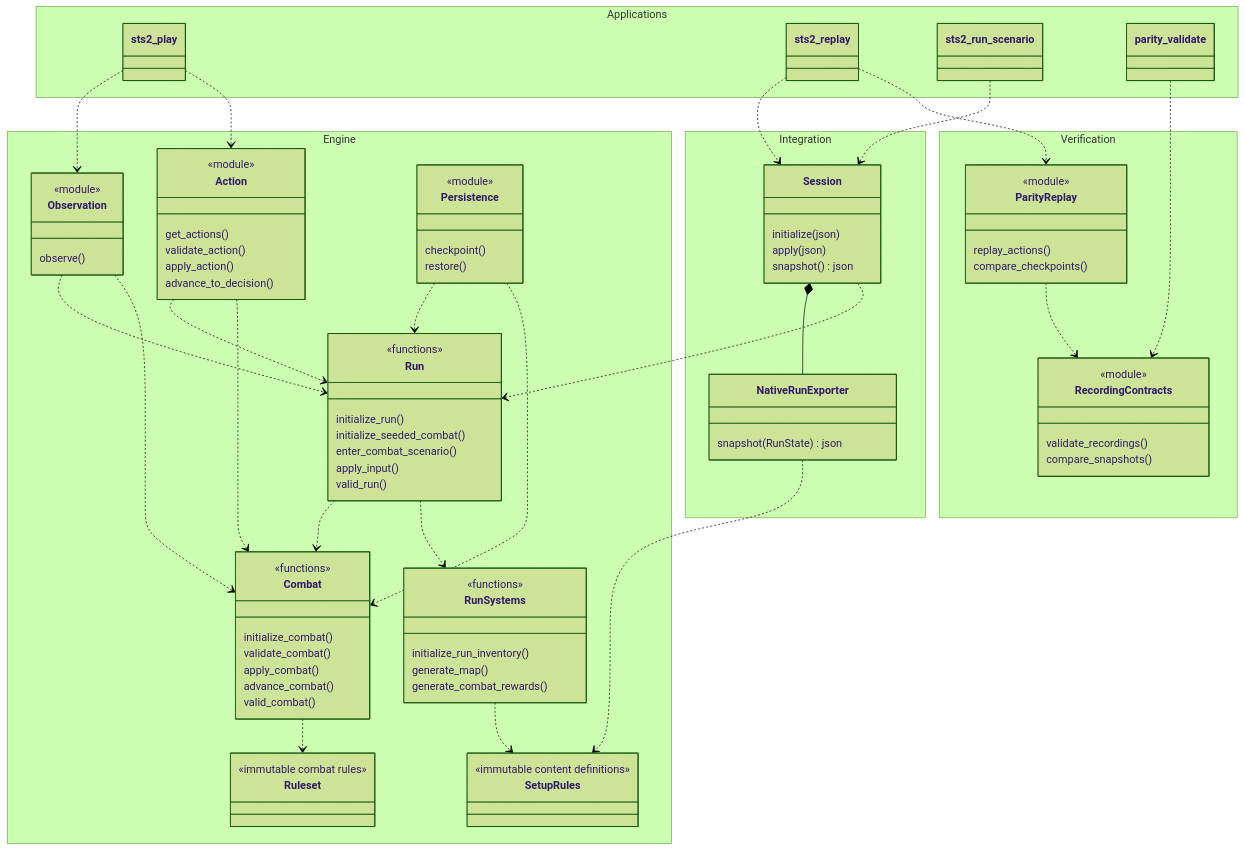
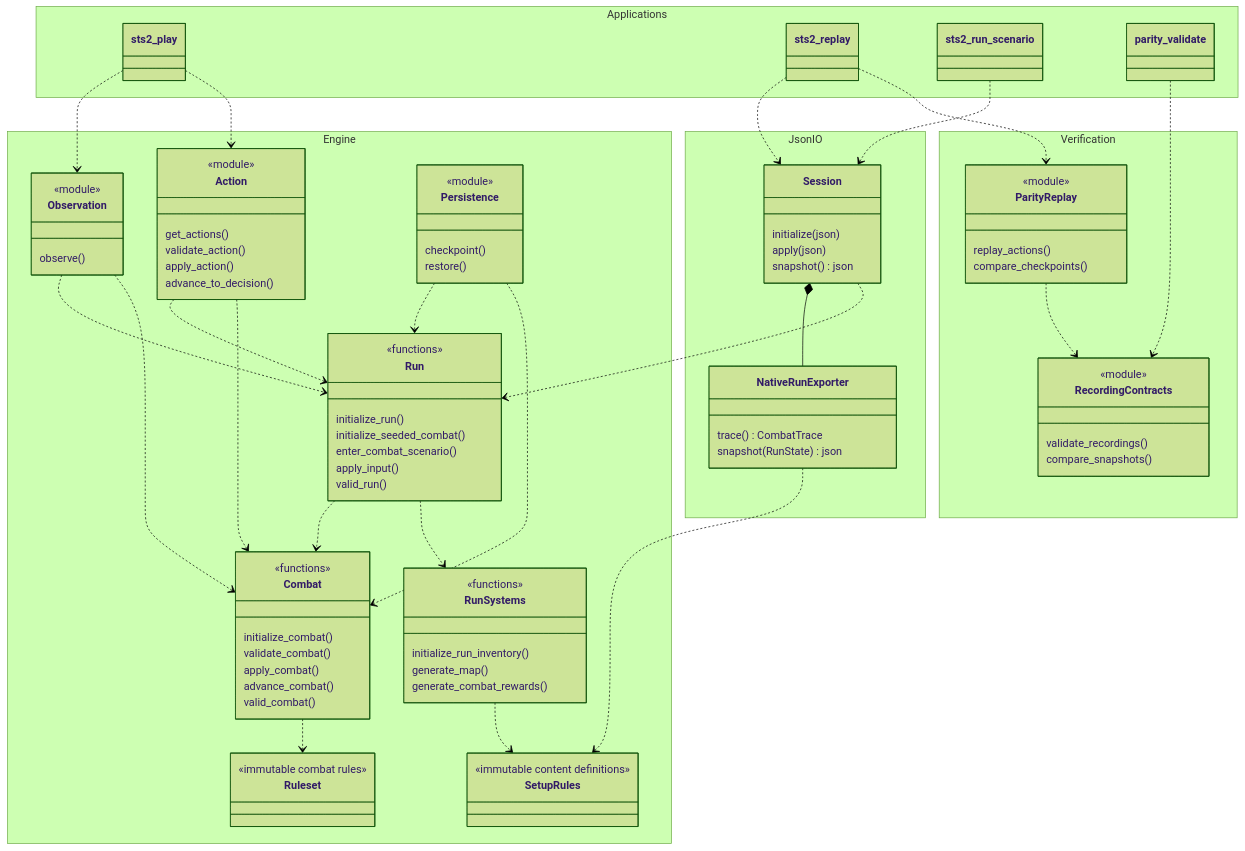
The diagram in simulator-modules.mmd (TonyinBio/sts2-cpp), drawn with Mermaid (forest theme) before and after one commit. The commit also changed 35 other files, not shown here.

Commit message:
refactor(engine): compact combat state and isolate JSON history tracking

```diff
--- a/simulator-modules.mmd
+++ b/simulator-modules.mmd
@@ -1,104 +1,105 @@
 classDiagram
     direction TB
 
     namespace Applications {
         class sts2_play
         class sts2_replay
         class sts2_run_scenario
         class parity_validate
     }
 
     namespace Engine {
         class Observation {
             <<module>>
             observe()
         }
         class Action {
             <<module>>
             get_actions()
             validate_action()
             apply_action()
             advance_to_decision()
         }
         class Run {
             <<functions>>
             initialize_run()
             initialize_seeded_combat()
             enter_combat_scenario()
             apply_input()
             valid_run()
         }
         class Combat {
             <<functions>>
             initialize_combat()
             validate_combat()
             apply_combat()
             advance_combat()
             valid_combat()
         }
         class RunSystems {
             <<functions>>
             initialize_run_inventory()
             generate_map()
             generate_combat_rewards()
         }
         class Persistence {
             <<module>>
             checkpoint()
             restore()
         }
         class Ruleset {
             <<immutable combat rules>>
         }
         class SetupRules {
             <<immutable content definitions>>
         }
     }
 
-    namespace Integration {
+    namespace JsonIO {
         class Session {
             initialize(json)
             apply(json)
             snapshot() json
         }
         class NativeRunExporter {
+            trace() CombatTrace
             snapshot(RunState) json
         }
     }
 
     namespace Verification {
         class ParityReplay {
             <<module>>
             replay_actions()
             compare_checkpoints()
         }
         class RecordingContracts {
             <<module>>
             validate_recordings()
             compare_snapshots()
         }
     }
 
     sts2_play ..> Observation
     sts2_play ..> Action
     sts2_replay ..> Session
     sts2_replay ..> ParityReplay
     sts2_run_scenario ..> Session
     parity_validate ..> RecordingContracts
 
     Session *-- NativeRunExporter
     Session ..> Run
     NativeRunExporter ..> SetupRules
 
     Action ..> Run
     Action ..> Combat
     Observation ..> Run
     Observation ..> Combat
     Run ..> Combat
     Run ..> RunSystems
     RunSystems ..> SetupRules
     Combat ..> Ruleset
 
     Persistence ..> Run
     Persistence ..> Combat
     ParityReplay ..> RecordingContracts
```
